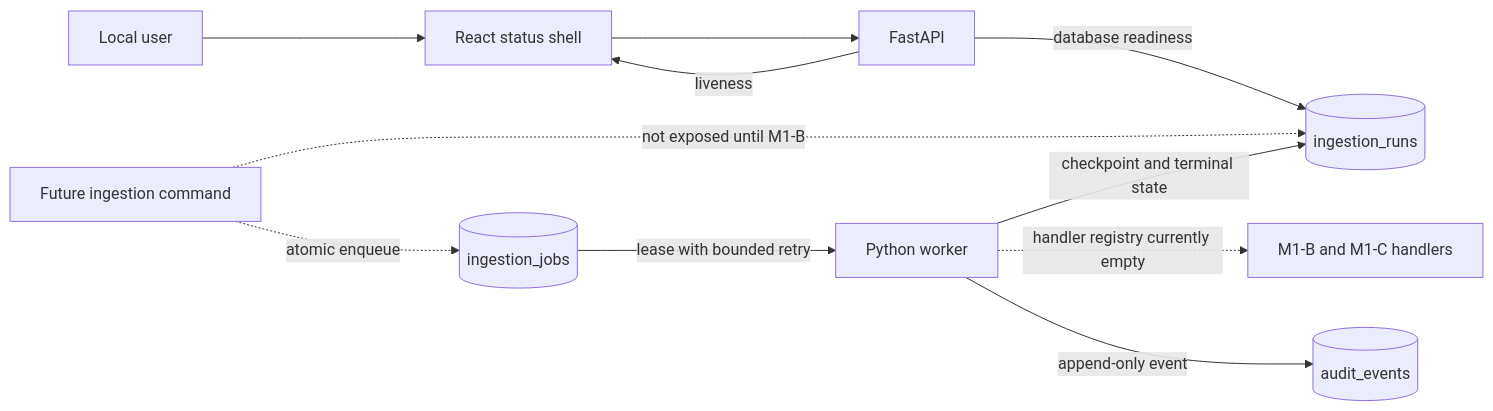
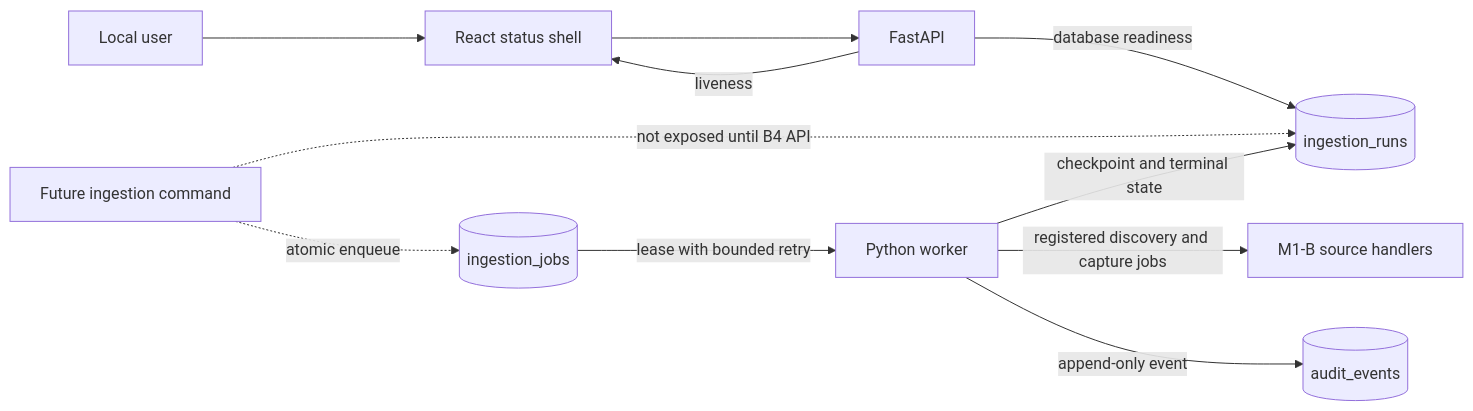
The second of 8 diagrams in docs/architecture/system-architecture.md (Wenqi77Zhang/GameCrafter-Agent), drawn with Mermaid before and after one commit. The commit also changed other lines of this file and 34 other files, not shown here.

Commit message:
feat: add durable source ingestion handlers

````diff
--- a/docs/architecture/system-architecture.md
+++ b/docs/architecture/system-architecture.md
@@ -32,22 +32,22 @@
 ```mermaid
 flowchart LR
     USER["Local user"]
     WEB["React status shell"]
     API["FastAPI"]
     COMMAND["Future ingestion command"]
     RUNS[("ingestion_runs")]
     JOBS[("ingestion_jobs")]
     AUDIT[("audit_events")]
     WORKER["Python worker"]
-    HANDLER["M1-B and M1-C handlers"]
+    HANDLER["M1-B source handlers"]
 
     USER --> WEB --> API
     API -->|"liveness"| WEB
     API -->|"database readiness"| RUNS
-    COMMAND -. "not exposed until M1-B" .-> RUNS
+    COMMAND -. "not exposed until B4 API" .-> RUNS
     COMMAND -. "atomic enqueue" .-> JOBS
     JOBS -->|"lease with bounded retry"| WORKER
-    WORKER -. "handler registry currently empty" .-> HANDLER
+    WORKER -->|"registered discovery and capture jobs"| HANDLER
     WORKER -->|"checkpoint and terminal state"| RUNS
     WORKER -->|"append-only event"| AUDIT
 ```
````
